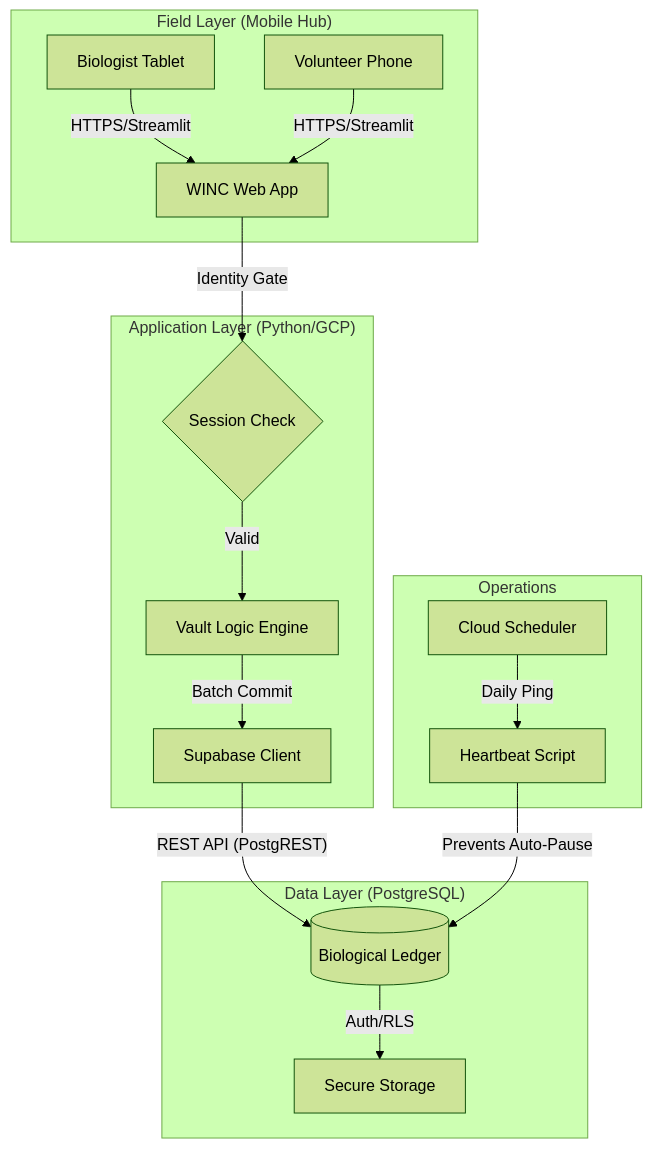
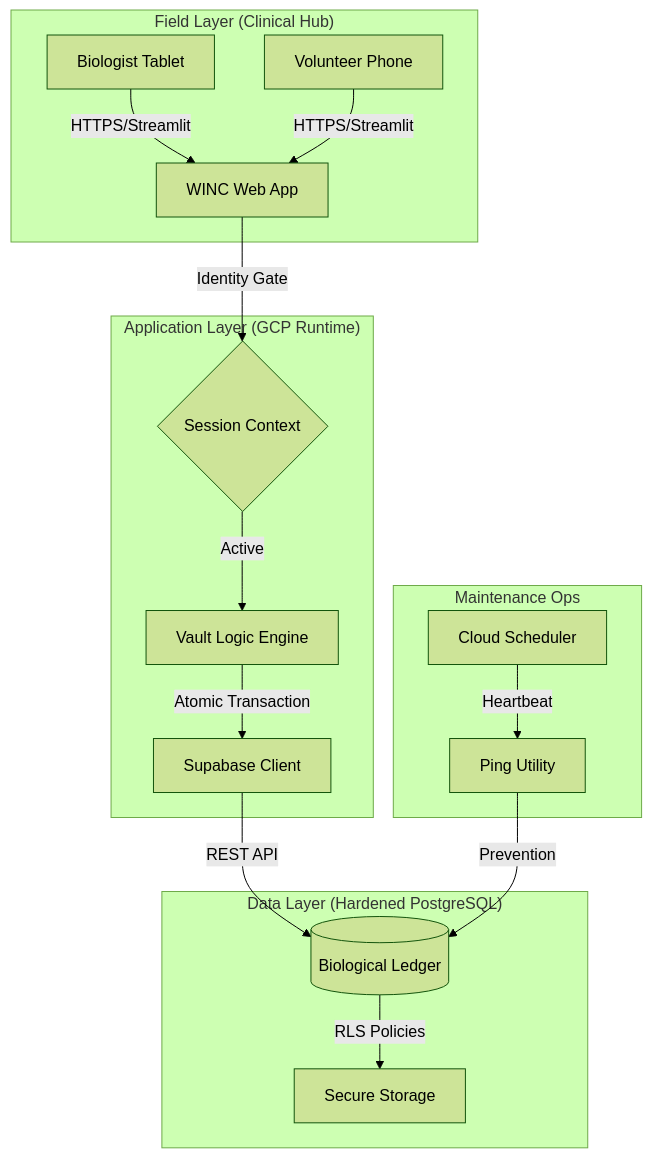
One commit to khowland/turtle-egg-incubator-vault changed the first of 2 diagrams in SYSTEM_DESIGN_SPEC.md. Above: the diagram before and after it, drawn with Mermaid (forest theme). The commit also changed other lines of this file and 18 other files, not shown here.

````diff
--- a/SYSTEM_DESIGN_SPEC.md
+++ b/SYSTEM_DESIGN_SPEC.md
@@ -7,23 +7,23 @@
 ```mermaid
 graph TD
-    subgraph "Field Layer (Mobile Hub)"
+    subgraph "Field Layer (Clinical Hub)"
         A[Biologist Tablet] -- "HTTPS/Streamlit" --> B[WINC Web App]
         A2[Volunteer Phone] -- "HTTPS/Streamlit" --> B
     end
 
-    subgraph "Application Layer (Python/GCP)"
-        B -- "Identity Gate" --> C{Session Check}
-        C -- "Valid" --> D[Vault Logic Engine]
-        D -- "Batch Commit" --> E[Supabase Client]
+    subgraph "Application Layer (GCP Runtime)"
+        B -- "Identity Gate" --> C{Session Context}
+        C -- "Active" --> D[Vault Logic Engine]
+        D -- "Atomic Transaction" --> E[Supabase Client]
     end
 
-    subgraph "Data Layer (PostgreSQL)"
-        E -- "REST API (PostgREST)" --> F[(Biological Ledger)]
-        F -- "Auth/RLS" --> G[Secure Storage]
+    subgraph "Data Layer (Hardened PostgreSQL)"
+        E -- "REST API" --> F[(Biological Ledger)]
+        F -- "RLS Policies" --> G[Secure Storage]
     end
 
-    subgraph "Operations"
-        H[Cloud Scheduler] -- "Daily Ping" --> I[Heartbeat Script]
-        I -- "Prevents Auto-Pause" --> F
+    subgraph "Maintenance Ops"
+        H[Cloud Scheduler] -- "Heartbeat" --> I[Ping Utility]
+        I -- "Prevention" --> F
     end
 ```
````
